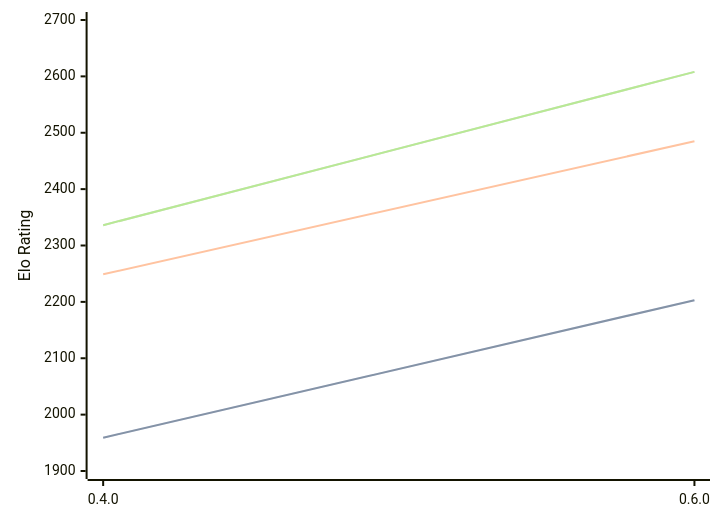
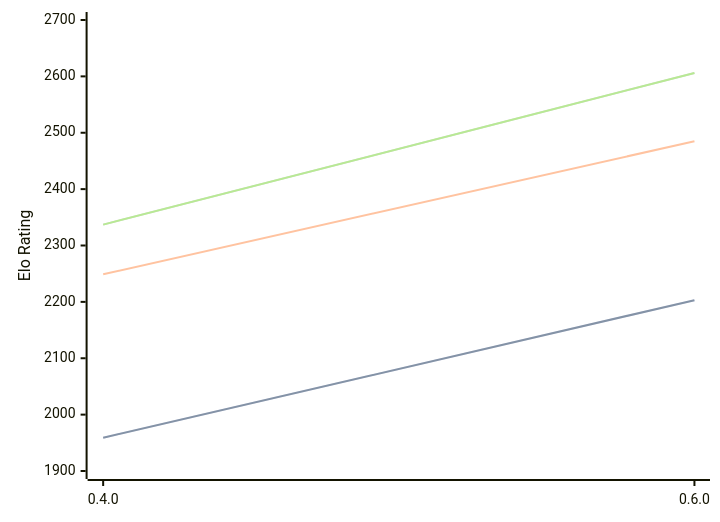
One commit to computer-chess-index/cci changed the diagram in engines/Ariadne.md. Above: the diagram before and after it, drawn with Mermaid. The commit also changed other lines of this file, not shown here.

Commit message:
Update CCI Ratings (ELO VLTC) - 2026-09-18

````diff
--- a/engines/Ariadne.md
+++ b/engines/Ariadne.md
@@ -36,11 +36,11 @@
 ```mermaid
 %%{init: {"theme":"base","themeVariables":{"seriesColors:['#a3a3a3','#222221','#faa371']}}}%%
 xychart-beta
   x-axis ["0.4.0", "0.6.0"]
   y-axis "Elo Rating" 1900 --> 2700
   line "" [1959, 2203]
   line "STC (8.0+0.08s)" [1959, 2203]
   line "LTC (60.0+0.60s)" [2249, 2485]
-  line "" [2336, 2608]
-  line "VLTC (2m24s+1.12s)" [2336, 2608]
+  line "" [2337, 2606]
+  line "VLTC (2m24s+1.12s)" [2337, 2606]
 ```
````
